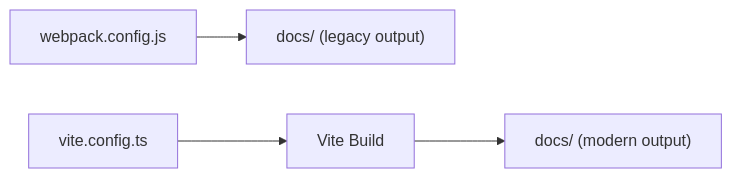
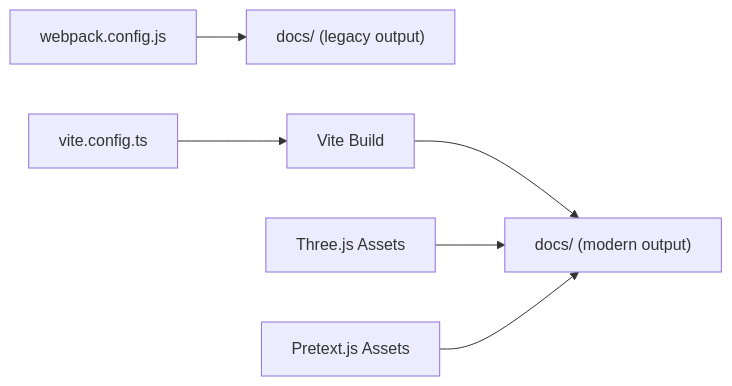
Before and after one commit to adminfyy/adminfyy.github.io: the ninth of 10 diagrams in .qoder/repowiki/en/content/Technical Implementation/Technical Implementation.md, drawn with Mermaid. The commit also changed other lines of this file and 34 other files, not shown here.

````diff
--- a/.qoder/repowiki/en/content/Technical Implementation/Technical Implementation.md
+++ b/.qoder/repowiki/en/content/Technical Implementation/Technical Implementation.md
@@ -282,6 +413,8 @@
 ```mermaid
 graph LR
 WConf["webpack.config.js"] --> Docs["docs/ (legacy output)"]
 VConf["vite.config.ts"] --> ViteOut["Vite Build"]
 ViteOut --> DocsNew["docs/ (modern output)"]
+ThreeJS["Three.js Assets"] --> DocsNew
+Pretext["Pretext.js Assets"] --> DocsNew
 ```
````
